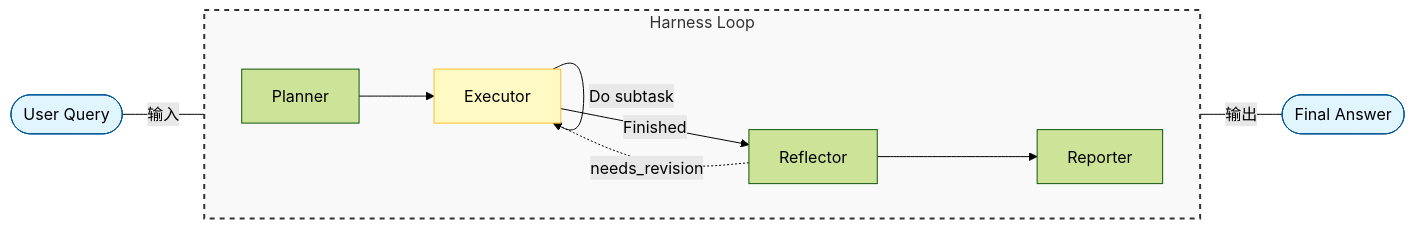
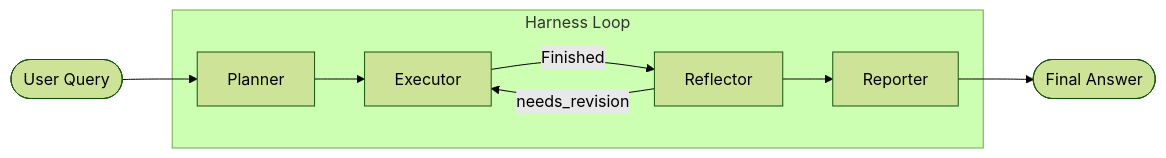
One commit to Cachuela11/Multi-agent-campus-Q-A-assistant changed the first of 2 diagrams in README.md. Above: the diagram before and after it, drawn with Mermaid (forest theme).

Commit message:
Merge remote changes

````diff
--- a/README.md
+++ b/README.md
@@ -11,26 +11,18 @@
 ```mermaid
 flowchart LR
-    %% 全局样式设置
-    Start([User Query]) ---|输入| Planner
+    Start([User Query]) --> Planner
 
     subgraph Harness["Harness Loop"]
-        direction LR
+        Planner["Planner"]
+        Executor["Executor"]
+        Reflector["Reflector"]
+        Reporter["Reporter"]
+
         Planner --> Executor
-        
-        %% 将自循环放在下方，避免干扰主线
-        Executor -- "Do subtask" --> Executor
-        
-        %% 强制 Reflector 和 Reporter 的相对位置
         Executor -->|"Finished"| Reflector
-        Reflector -.->|"needs_revision"| Executor
+        Reflector -->|"needs_revision"| Executor
         Reflector --> Reporter
     end
 
-    Reporter ---|输出| End([Final Answer])
-
-    %% 样式美化
-    style Harness fill:#f9f9f9,stroke:#333,stroke-width:2px,stroke-dasharray: 5 5
-    style Start fill:#e1f5fe,stroke:#01579b
-    style End fill:#e1f5fe,stroke:#01579b
-    style Executor fill:#fff9c4,stroke:#fbc02d
+    Reporter --> End([Final Answer])
 ```
````
